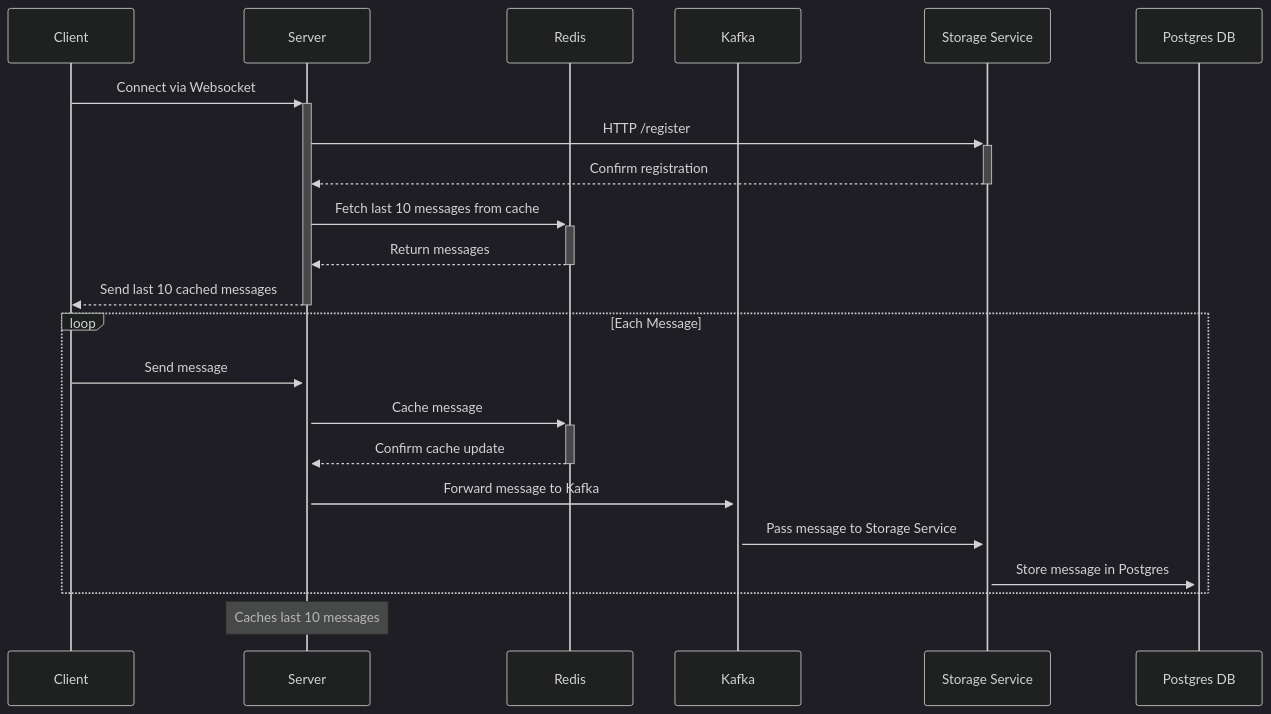
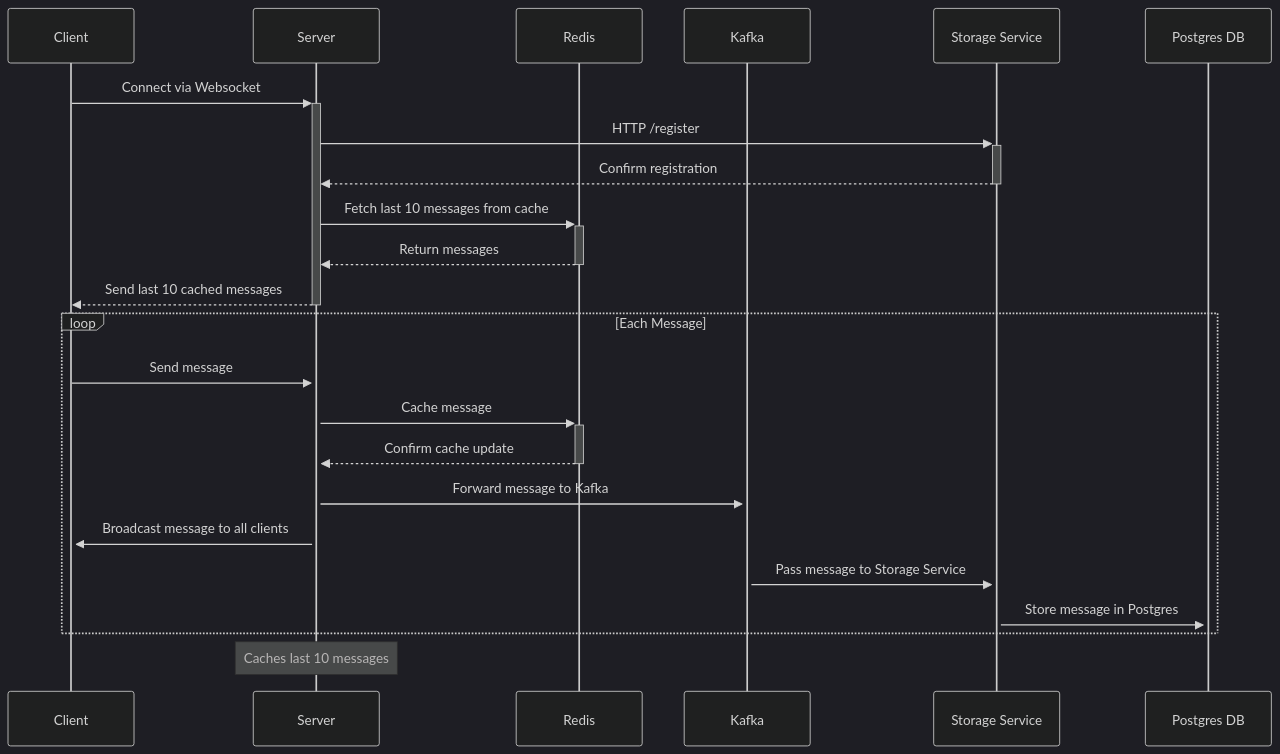
Before and after one commit to vlasashk/websocket-chat: the diagram in README.md, drawn with Mermaid (dark theme).

Commit message:
UPD: README.md diagram

````diff
--- a/README.md
+++ b/README.md
@@ -28,27 +28,28 @@
 ```mermaid
 sequenceDiagram
     participant C as Client
     participant S as Server
     participant R as Redis
     participant K as Kafka
     participant SS as Storage Service
     participant P as Postgres DB
 
     C->>+S: Connect via Websocket
     S->>+SS: HTTP /register
     SS-->>-S: Confirm registration
     S->>+R: Fetch last 10 messages from cache
     R-->>-S: Return messages
     S-->>-C: Send last 10 cached messages
 
     loop Each Message
         C->>+S: Send message
         S->>+R: Cache message
         R-->>-S: Confirm cache update
         S->>+K: Forward message to Kafka
+        S->>+C: Broadcast message to all clients
         K->>+SS: Pass message to Storage Service
         SS->>+P: Store message in Postgres
     end
 
     note over S: Caches last 10 messages
 ```
````
